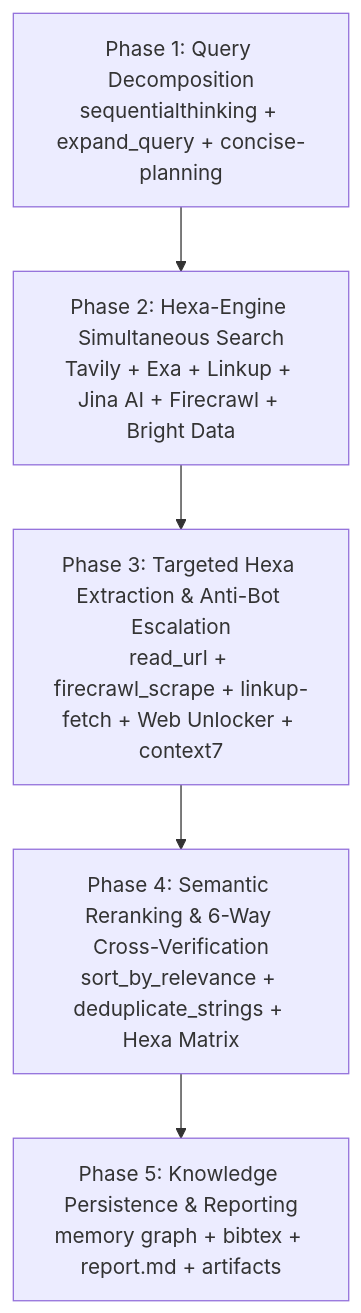
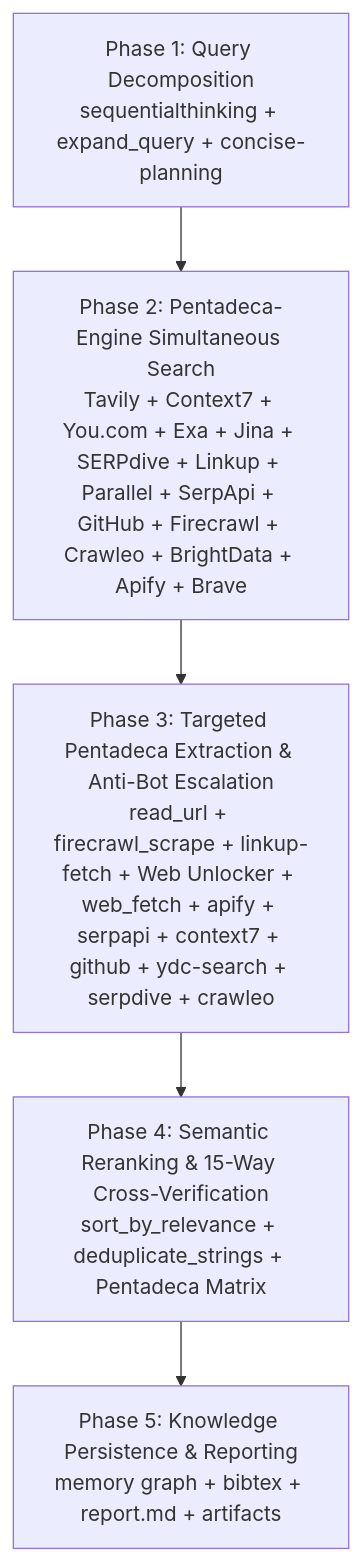
The diagram in original/ultimate-research-workflow.md (LorenzoBela/ultimate-workflows), drawn with Mermaid before and after one commit. The commit also changed other lines of this file and 5 other files, not shown here.

````diff
--- a/original/ultimate-research-workflow.md
+++ b/original/ultimate-research-workflow.md
@@ -397,7 +610,7 @@
 ```mermaid
 flowchart TD
-    P1[Phase 1: Query Decomposition\nsequentialthinking + expand_query + concise-planning] --> P2[Phase 2: Hexa-Engine Simultaneous Search\nTavily + Exa + Linkup + Jina AI + Firecrawl + Bright Data]
-    P2 --> P3[Phase 3: Targeted Hexa Extraction & Anti-Bot Escalation\nread_url + firecrawl_scrape + linkup-fetch + Web Unlocker + context7]
-    P3 --> P4[Phase 4: Semantic Reranking & 6-Way Cross-Verification\nsort_by_relevance + deduplicate_strings + Hexa Matrix]
+    P1[Phase 1: Query Decomposition\nsequentialthinking + expand_query + concise-planning] --> P2[Phase 2: Pentadeca-Engine Simultaneous Search\nTavily + Context7 + You.com + Exa + Jina + SERPdive + Linkup + Parallel + SerpApi + GitHub + Firecrawl + Crawleo + BrightData + Apify + Brave]
+    P2 --> P3[Phase 3: Targeted Pentadeca Extraction & Anti-Bot Escalation\nread_url + firecrawl_scrape + linkup-fetch + Web Unlocker + web_fetch + apify + serpapi + context7 + github + ydc-search + serpdive + crawleo]
+    P3 --> P4[Phase 4: Semantic Reranking & 15-Way Cross-Verification\nsort_by_relevance + deduplicate_strings + Pentadeca Matrix]
     P4 --> P5[Phase 5: Knowledge Persistence & Reporting\nmemory graph + bibtex + report.md + artifacts]
 ```
````
